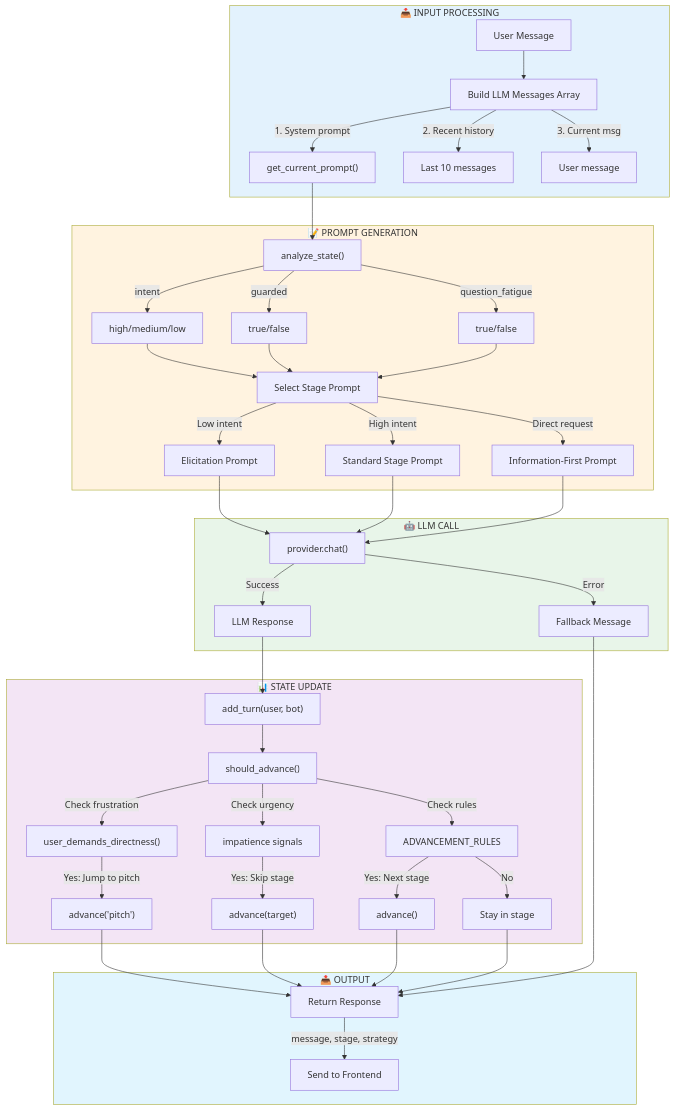
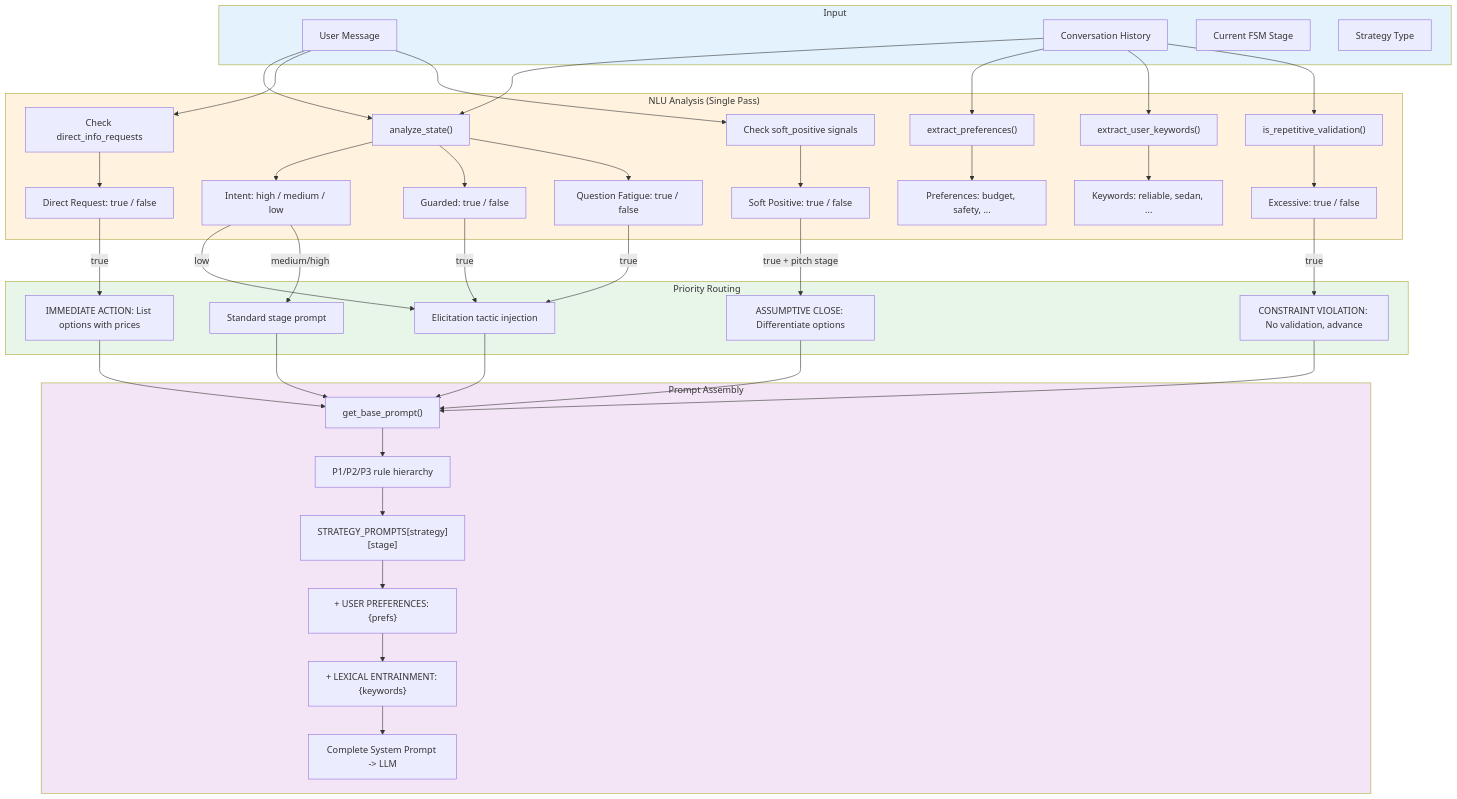
Before and after one commit to shaf-aston/FYP-sales-training-tool: the seventh of 34 diagrams in architecture diagrams.md, drawn with Mermaid. The commit also changed other lines of this file and 76 other files, not shown here.

````diff
--- a/architecture diagrams.md
+++ b/architecture diagrams.md
@@ -264,57 +322,57 @@
 ```mermaid
 flowchart TB
-    subgraph INPUT["📥 INPUT PROCESSING"]
+    subgraph INPUT["Input"]
         UserMsg["User Message"]
-        UserMsg --> BuildMsgs["Build LLM Messages Array"]
-        BuildMsgs --> |"1. System prompt"| Sys["get_current_prompt()"]
-        BuildMsgs --> |"2. Recent history"| Hist["Last 10 messages"]
-        BuildMsgs --> |"3. Current msg"| Curr["User message"]
+        History["Conversation History"]
+        Stage["Current FSM Stage"]
+        Strategy["Strategy Type"]
     end
 
-    subgraph PROMPT["📝 PROMPT GENERATION"]
-        Sys --> AnalyzeState["analyze_state()"]
-        AnalyzeState --> |"intent"| IntentLevel["high/medium/low"]
-        AnalyzeState --> |"guarded"| Guarded["true/false"]
-        AnalyzeState --> |"question_fatigue"| Fatigue["true/false"]
-        
-        IntentLevel --> SelectPrompt["Select Stage Prompt"]
-        Guarded --> SelectPrompt
-        Fatigue --> SelectPrompt
-        
-        SelectPrompt --> |"Low intent"| ElicitPrompt["Elicitation Prompt"]
-        SelectPrompt --> |"High intent"| StandardPrompt["Standard Stage Prompt"]
-        SelectPrompt --> |"Direct request"| InfoPrompt["Information-First Prompt"]
+    subgraph ANALYSIS["NLU Analysis (Single Pass)"]
+        UserMsg & History --> AnalyzeState["analyze_state()"]
+        AnalyzeState --> IntentLevel["Intent: high / medium / low"]
+        AnalyzeState --> Guarded["Guarded: true / false"]
+        AnalyzeState --> Fatigue["Question Fatigue: true / false"]
+
+        History --> ExtractPrefs["extract_preferences()"]
+        ExtractPrefs --> Prefs["Preferences: budget, safety, ..."]
+
+        History --> ExtractKW["extract_user_keywords()"]
+        ExtractKW --> Keywords["Keywords: reliable, sedan, ..."]
+
+        History --> ValLoop["is_repetitive_validation()"]
+        ValLoop --> Excessive["Excessive: true / false"]
+
+        UserMsg --> DirectReq["Check direct_info_requests"]
+        DirectReq --> IsDirectReq["Direct Request: true / false"]
+
+        UserMsg --> SoftPos["Check soft_positive signals"]
+        SoftPos --> IsSoftPos["Soft Positive: true / false"]
     end
 
-    subgraph LLM["🤖 LLM CALL"]
-        ElicitPrompt & StandardPrompt & InfoPrompt --> Provider["provider.chat()"]
-        Provider --> |"Success"| Response["LLM Response"]
-        Provider --> |"Error"| Fallback["Fallback Message"]
+    subgraph ROUTING["Priority Routing"]
+        IsDirectReq --> |"true"| InfoPrompt["IMMEDIATE ACTION: List options with prices"]
+        IsSoftPos --> |"true + pitch stage"| ClosePrompt["ASSUMPTIVE CLOSE: Differentiate options"]
+        Excessive --> |"true"| CorrPrompt["CONSTRAINT VIOLATION: No validation, advance"]
+
+        IntentLevel --> |"low"| ElicitPrompt["Elicitation tactic injection"]
+        Guarded --> |"true"| ElicitPrompt
+        Fatigue --> |"true"| ElicitPrompt
+
+        IntentLevel --> |"medium/high"| StandardPrompt["Standard stage prompt"]
     end
 
-    subgraph STATE["📊 STATE UPDATE"]
-        Response --> AddTurn["add_turn(user, bot)"]
-        AddTurn --> CheckAdvance["should_advance()"]
-        
-        CheckAdvance --> |"Check frustration"| Frust["user_demands_directness()"]
-        CheckAdvance --> |"Check urgency"| Urgency["impatience signals"]
-        CheckAdvance --> |"Check rules"| Rules["ADVANCEMENT_RULES"]
-        
-        Frust --> |"Yes: Jump to pitch"| DirectJump["advance('pitch')"]
-        Urgency --> |"Yes: Skip stage"| SkipStage["advance(target)"]
-        Rules --> |"Yes: Next stage"| NextStage["advance()"]
-        Rules --> |"No"| Stay["Stay in stage"]
-    end
-
-    subgraph OUTPUT["📤 OUTPUT"]
-        DirectJump & SkipStage & NextStage & Stay --> Return["Return Response"]
-        Fallback --> Return
-        Return --> |"message, stage, strategy"| Client["Send to Frontend"]
+    subgraph ASSEMBLY["Prompt Assembly"]
+        InfoPrompt & ClosePrompt & CorrPrompt & ElicitPrompt & StandardPrompt --> Base["get_base_prompt()"]
+        Base --> Rules["P1/P2/P3 rule hierarchy"]
+        Rules --> StagePrompt["STRATEGY_PROMPTS[strategy][stage]"]
+        StagePrompt --> PrefCtx["+ USER PREFERENCES: {prefs}"]
+        PrefCtx --> KWCtx["+ LEXICAL ENTRAINMENT: {keywords}"]
+        KWCtx --> Final["Complete System Prompt -> LLM"]
     end
 
     style INPUT fill:#e3f2fd
-    style PROMPT fill:#fff3e0
-    style LLM fill:#e8f5e9
-    style STATE fill:#f3e5f5
-    style OUTPUT fill:#e1f5fe
+    style ANALYSIS fill:#fff3e0
+    style ROUTING fill:#e8f5e9
+    style ASSEMBLY fill:#f3e5f5
 ```
````
